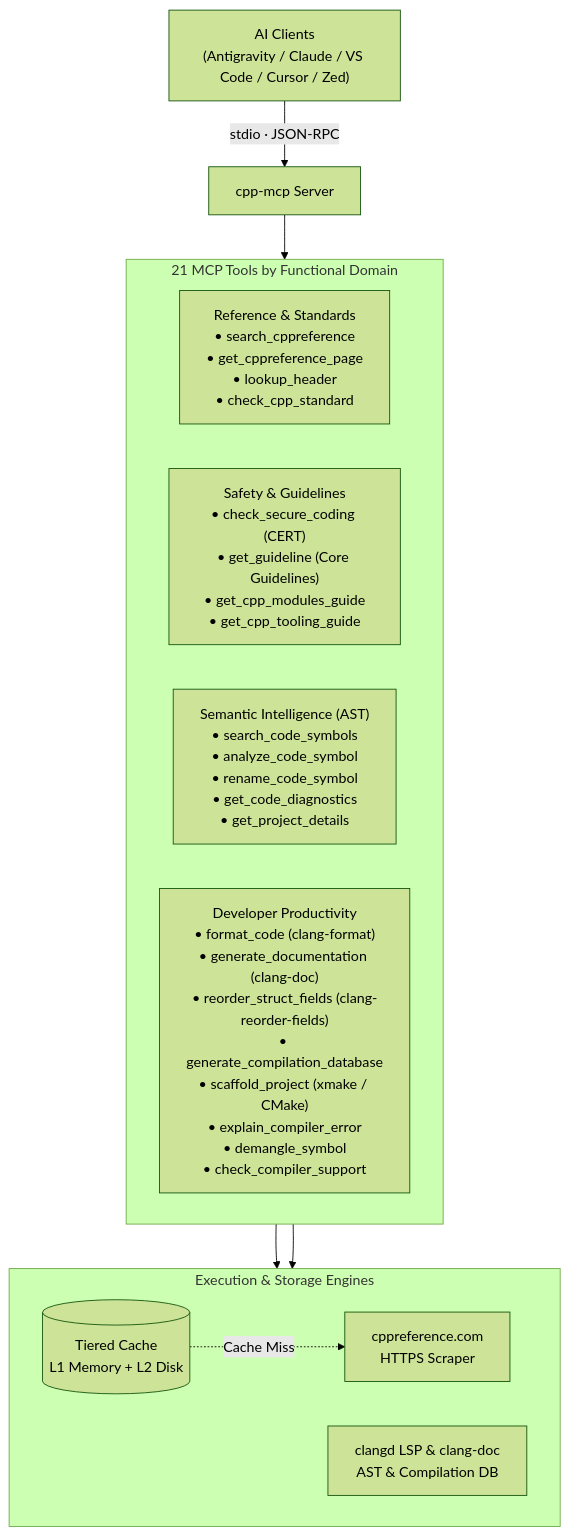
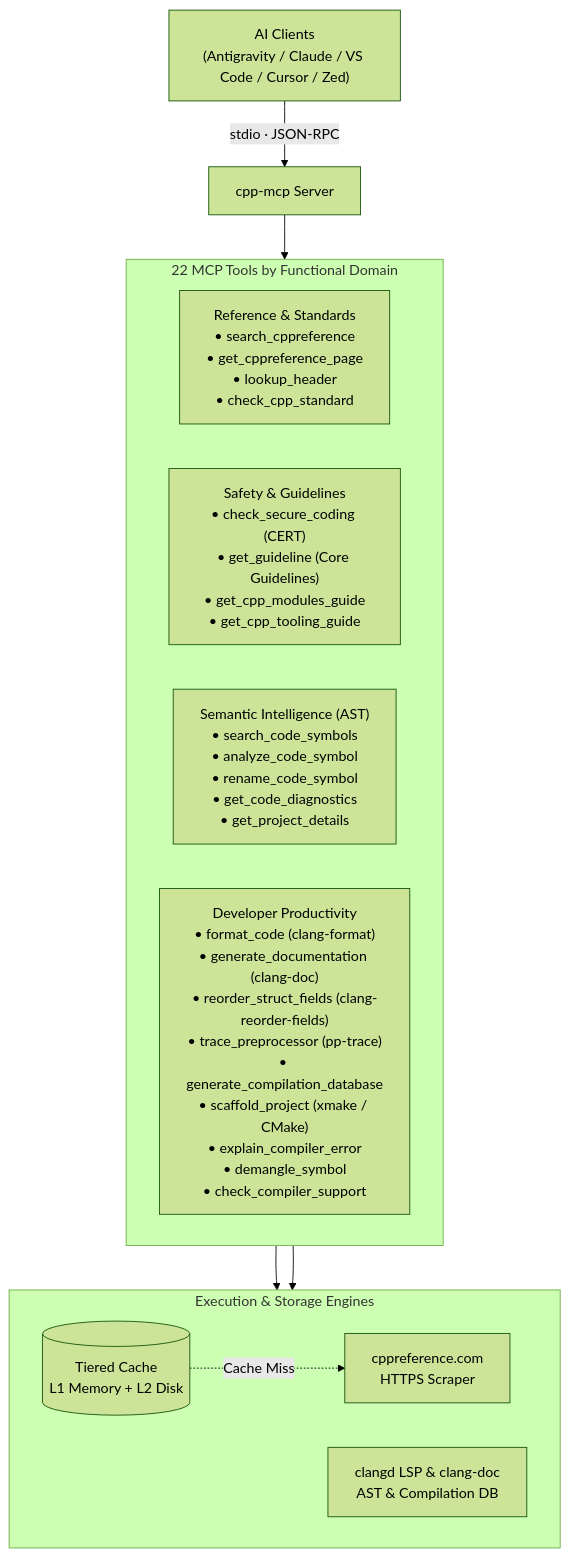
Before and after one commit to CHOCEK-RB/cpp-mcp: the diagram in README.md, drawn with Mermaid (forest theme). The commit also changed other lines of this file and 4 other files, not shown here.

Commit message:
feat: add trace_preprocessor tool (pp-trace)

````diff
--- a/README.md
+++ b/README.md
@@ -17,24 +17,24 @@
 ```mermaid
 flowchart TB
     Client["AI Clients\n(Antigravity / Claude / VS Code / Cursor / Zed)"] -->|stdio · JSON-RPC| Server["cpp-mcp Server"]
 
-    subgraph Tools ["21 MCP Tools by Functional Domain"]
+    subgraph Tools ["22 MCP Tools by Functional Domain"]
         direction LR
         D1["Reference & Standards\n• search_cppreference\n• get_cppreference_page\n• lookup_header\n• check_cpp_standard"]
         D2["Safety & Guidelines\n• check_secure_coding (CERT)\n• get_guideline (Core Guidelines)\n• get_cpp_modules_guide\n• get_cpp_tooling_guide"]
         D3["Semantic Intelligence (AST)\n• search_code_symbols\n• analyze_code_symbol\n• rename_code_symbol\n• get_code_diagnostics\n• get_project_details"]
-        D4["Developer Productivity\n• format_code (clang-format)\n• generate_documentation (clang-doc)\n• reorder_struct_fields (clang-reorder-fields)\n• generate_compilation_database\n• scaffold_project (xmake / CMake)\n• explain_compiler_error\n• demangle_symbol\n• check_compiler_support"]
+        D4["Developer Productivity\n• format_code (clang-format)\n• generate_documentation (clang-doc)\n• reorder_struct_fields (clang-reorder-fields)\n• trace_preprocessor (pp-trace)\n• generate_compilation_database\n• scaffold_project (xmake / CMake)\n• explain_compiler_error\n• demangle_symbol\n• check_compiler_support"]
     end
 
     subgraph Backends ["Execution & Storage Engines"]
         direction LR
         Cache[("Tiered Cache\nL1 Memory + L2 Disk")]
         LSP["clangd LSP & clang-doc\nAST & Compilation DB"]
         Web["cppreference.com\nHTTPS Scraper"]
     end
 
     Server --> Tools
     D1 --> Cache
     D3 --> LSP
     Cache -.->|Cache Miss| Web
 ```
````
